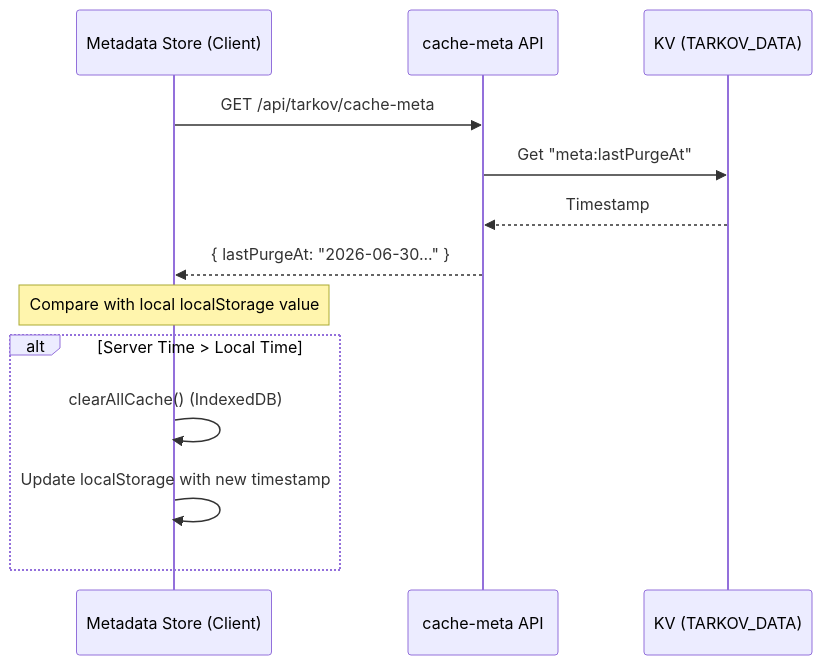
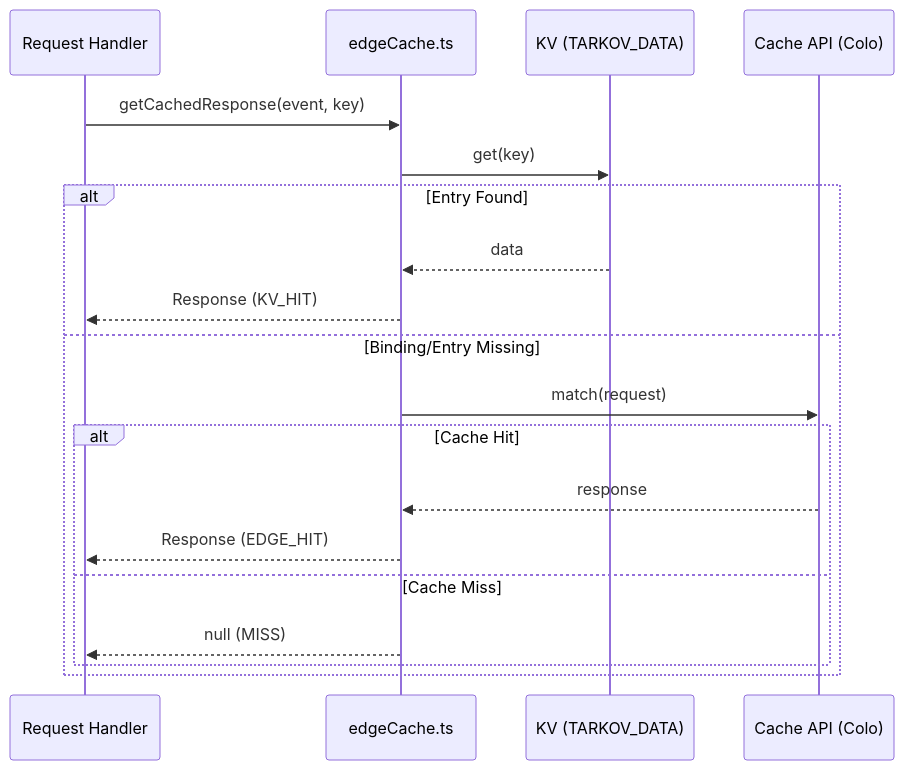
One commit to tarkovtracker-org/TarkovTracker changed the second of 3 diagrams in .cubic/wiki/02-section-architecture/02-page-caching.md. Above: the diagram before and after it, drawn with Mermaid. The commit also changed other lines of this file and 54 other files, not shown here.

````diff
--- a/.cubic/wiki/02-section-architecture/02-page-caching.md
+++ b/.cubic/wiki/02-section-architecture/02-page-caching.md
@@ -138,16 +78,22 @@
 ```mermaid
 sequenceDiagram
-    participant C as Metadata Store (Client)
-    participant A as cache-meta API
+    participant H as Request Handler
+    participant EC as edgeCache.ts
     participant KV as KV (TARKOV_DATA)
+    participant C as Cache API (Colo)
 
-    C->>A: GET /api/tarkov/cache-meta
-    A->>KV: Get "meta:lastPurgeAt"
-    KV-->>A: Timestamp
-    A-->>C: { lastPurgeAt: "2026-06-30..." }
-    Note over C: Compare with local localStorage value
-    alt Server Time > Local Time
-        C->>C: clearAllCache() (IndexedDB)
-        C->>C: Update localStorage with new timestamp
+    H->>EC: getCachedResponse(event, key)
+    EC->>KV: get(key)
+    alt Entry Found
+        KV-->>EC: data
+        EC-->>H: Response (KV_HIT)
+    else Binding/Entry Missing
+        EC->>C: match(request)
+        alt Cache Hit
+            C-->>EC: response
+            EC-->>H: Response (EDGE_HIT)
+        else Cache Miss
+            EC-->>H: null (MISS)
+        end
     end
 ```
````
